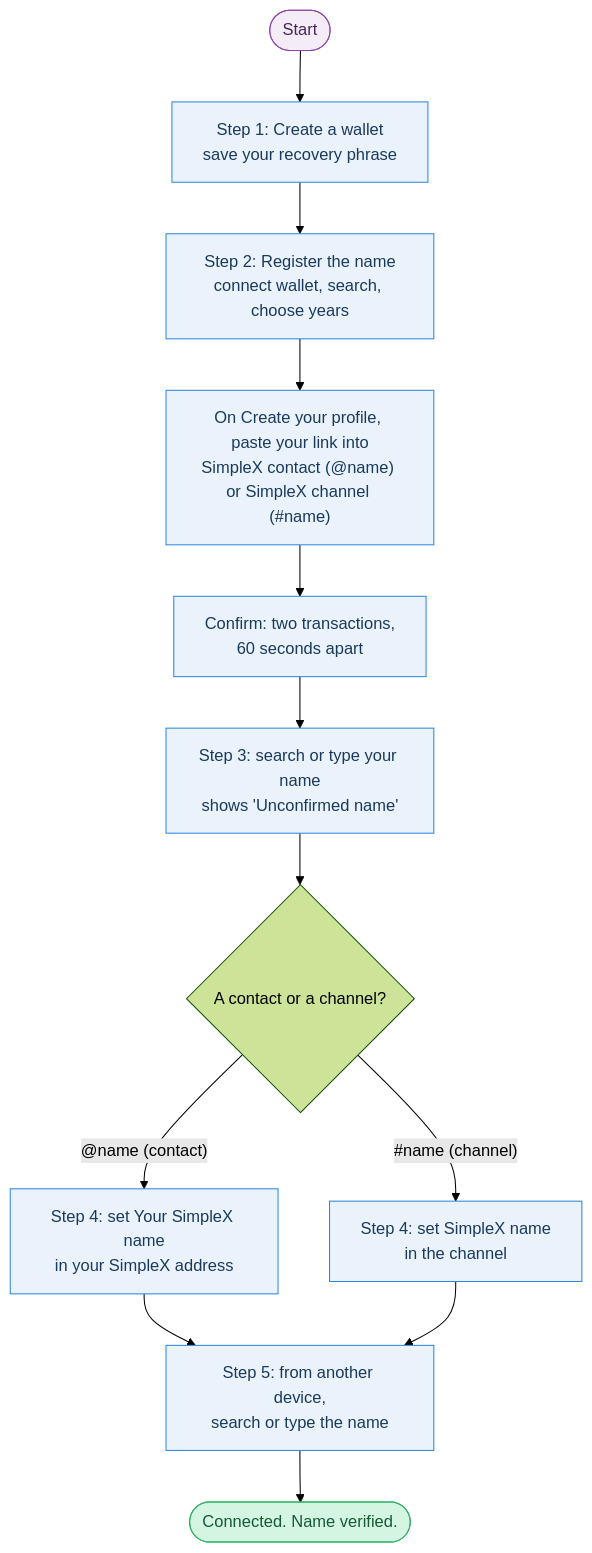
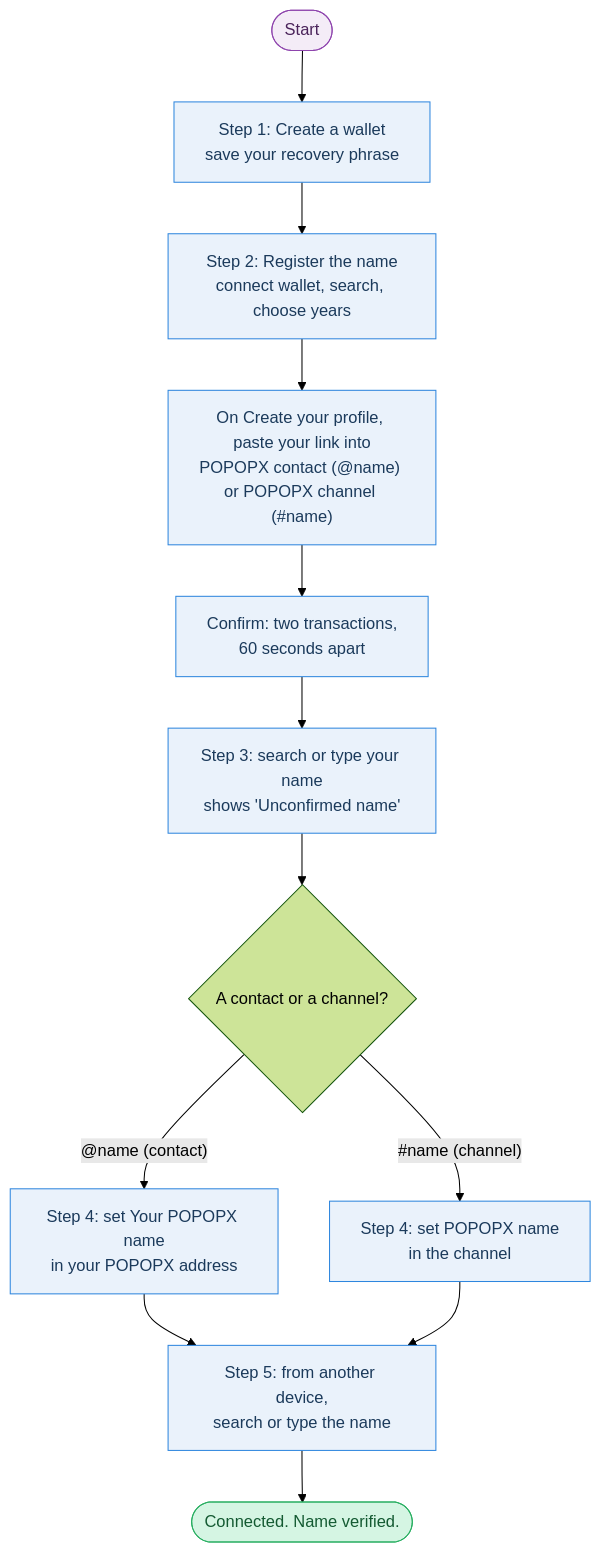
One commit to popopx/popopx-chat changed the diagram in docs/guide/diagrams/simplex-name-steps.mmd. Above: the diagram before and after it, drawn with Mermaid (forest theme). The commit also changed 1442 other files, not shown here.

First line of the commit message:
rebrand: complete SimpleX → POPOPX renaming across entire codebase

```diff
--- a/docs/guide/diagrams/simplex-name-steps.mmd
+++ b/docs/guide/diagrams/simplex-name-steps.mmd
@@ -1,19 +1,19 @@
 flowchart TD
   S([Start]) --> A["Step 1: Create a wallet<br/>save your recovery phrase"]
   A --> B["Step 2: Register the name<br/>connect wallet, search, choose years"]
-  B --> C["On Create your profile, paste your link into<br/>SimpleX contact (@name) or SimpleX channel (#name)"]
+  B --> C["On Create your profile, paste your link into<br/>POPOPX contact (@name) or POPOPX channel (#name)"]
   C --> H["Confirm: two transactions,<br/>60 seconds apart"]
   H --> I["Step 3: search or type your name<br/>shows 'Unconfirmed name'"]
   I --> D{"A contact or a channel?"}
-  D -->|"@name (contact)"| J1["Step 4: set Your SimpleX name<br/>in your SimpleX address"]
-  D -->|"#name (channel)"| J2["Step 4: set SimpleX name<br/>in the channel"]
+  D -->|"@name (contact)"| J1["Step 4: set Your POPOPX name<br/>in your POPOPX address"]
+  D -->|"#name (channel)"| J2["Step 4: set POPOPX name<br/>in the channel"]
   J1 --> K["Step 5: from another device,<br/>search or type the name"]
   J2 --> K
   K --> Z([Connected. Name verified.])
 
   classDef start fill:#f4ecf7,stroke:#8e44ad,color:#4a235a;
   classDef step fill:#eaf2fb,stroke:#2e86de,color:#1b3a5b;
   classDef ok fill:#d5f5e3,stroke:#27ae60,color:#145a32;
   class S start;
   class Z ok;
   class A,B,C,H,I,J1,J2,K step;
```
